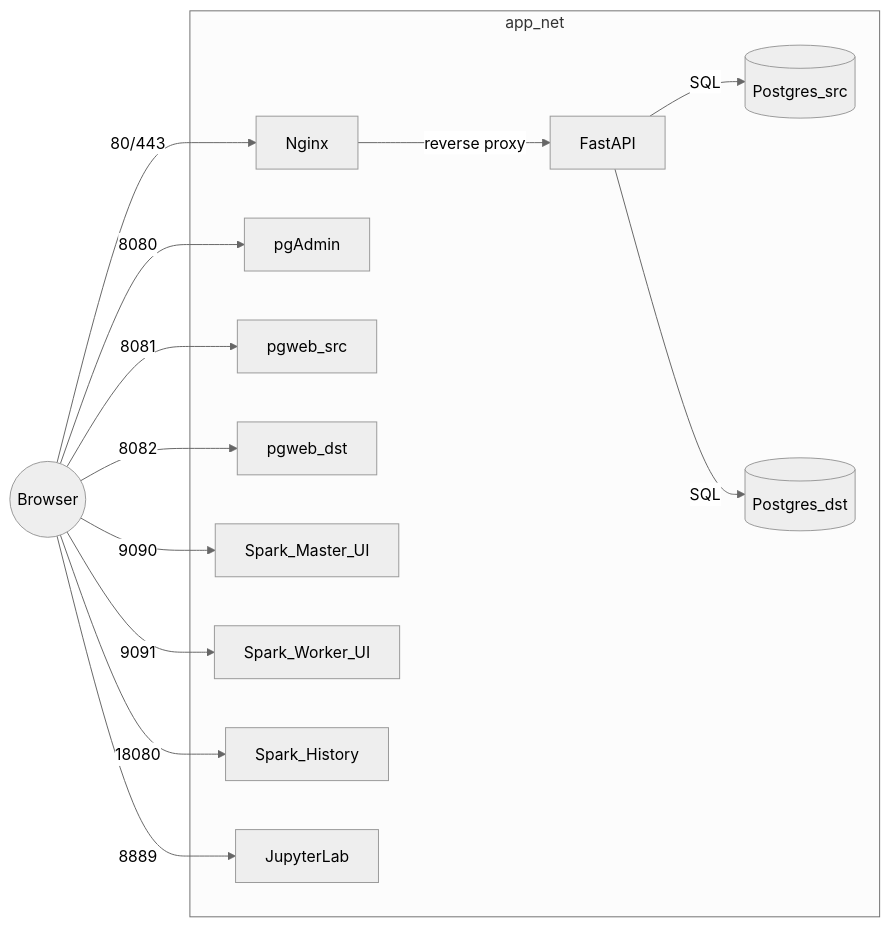
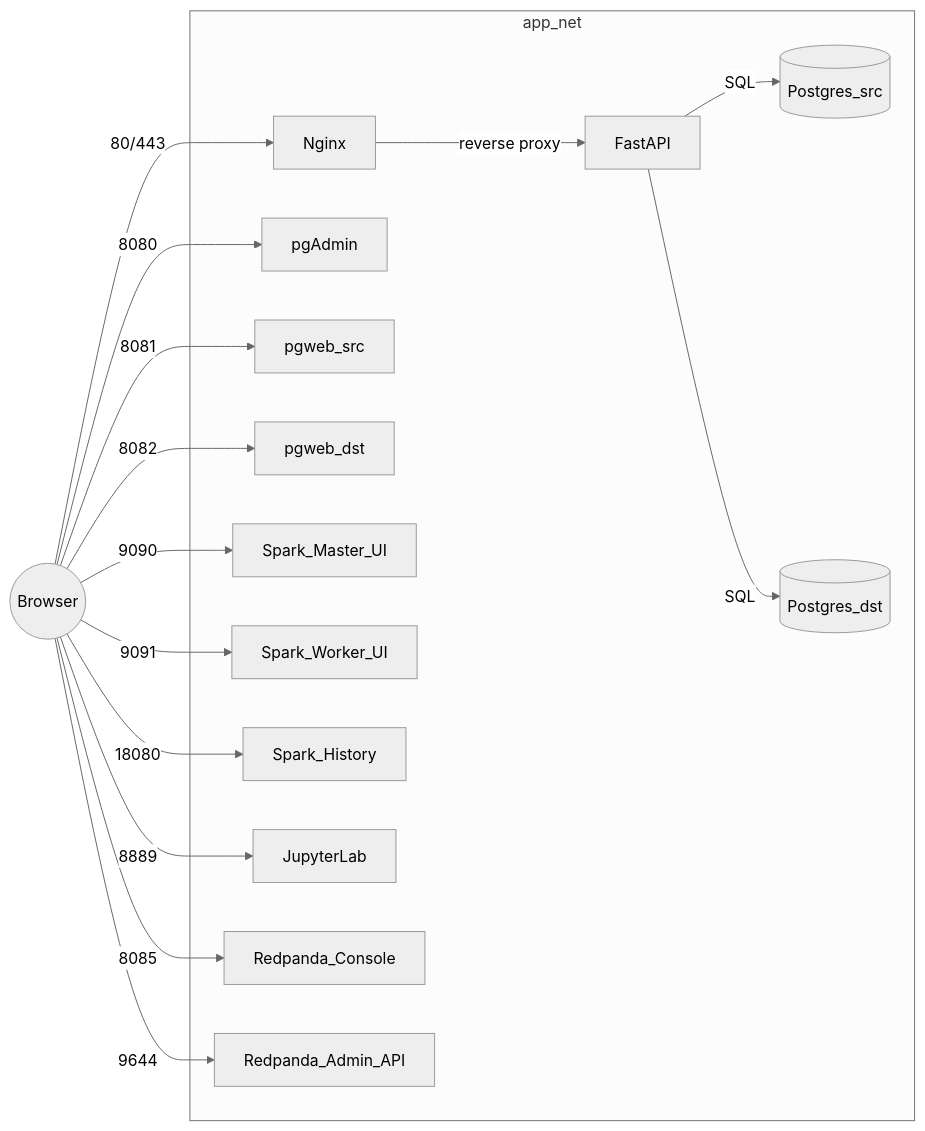
Before and after one commit to Cole-Dylewski/snowflake-terraform-demo: the diagram in README.md, drawn with Mermaid (neutral theme). The commit also changed other lines of this file and 9 other files, not shown here.

````diff
--- a/README.md
+++ b/README.md
@@ -77,30 +79,37 @@
 ```mermaid
 flowchart LR
-  Browser((Browser)) -->|80/443| Nginx[Nginx]
-  Nginx -->|reverse proxy| API[FastAPI]
-  API -->|SQL| SRC_DB[(Postgres_src)]
-  API -->|SQL| DST_DB[(Postgres_dst)]
+Browser((Browser)) -->|80/443| Nginx[Nginx]
+Nginx -->|reverse proxy| API[FastAPI]
+API -->|SQL| SRC_DB[(Postgres_src)]
+API -->|SQL| DST_DB[(Postgres_dst)]
 
-  Browser -->|8080| PGADMIN[pgAdmin]
-  Browser -->|8081| PGWEB_SRC[pgweb_src]
-  Browser -->|8082| PGWEB_DST[pgweb_dst]
-  Browser -->|9090| SPARK_MASTER[Spark_Master_UI]
-  Browser -->|9091| SPARK_WORKER[Spark_Worker_UI]
-  Browser -->|18080| SPARK_HISTORY[Spark_History]
-  Browser -->|8889| JUPYTER[JupyterLab]
 
-  subgraph app_net
-    Nginx
-    API
-    SRC_DB
-    DST_DB
-    PGADMIN
-    PGWEB_SRC
-    PGWEB_DST
-    SPARK_MASTER
-    SPARK_WORKER
-    SPARK_HISTORY
-    JUPYTER
-  end
+%% Direct-host UIs
+Browser -->|8080| PGADMIN[pgAdmin]
+Browser -->|8081| PGWEB_SRC[pgweb_src]
+Browser -->|8082| PGWEB_DST[pgweb_dst]
+Browser -->|9090| SPARK_MASTER[Spark_Master_UI]
+Browser -->|9091| SPARK_WORKER[Spark_Worker_UI]
+Browser -->|18080| SPARK_HISTORY[Spark_History]
+Browser -->|8889| JUPYTER[JupyterLab]
+Browser -->|8085| RP_CONSOLE[Redpanda_Console]
+Browser -->|9644| RP_ADMIN[Redpanda_Admin_API]
+
+
+subgraph app_net
+  Nginx
+  API
+  SRC_DB
+  DST_DB
+  PGADMIN
+  PGWEB_SRC
+  PGWEB_DST
+  SPARK_MASTER
+  SPARK_WORKER
+  SPARK_HISTORY
+  JUPYTER
+  RP_CONSOLE
+  RP_ADMIN
+end
 
 ```
````
